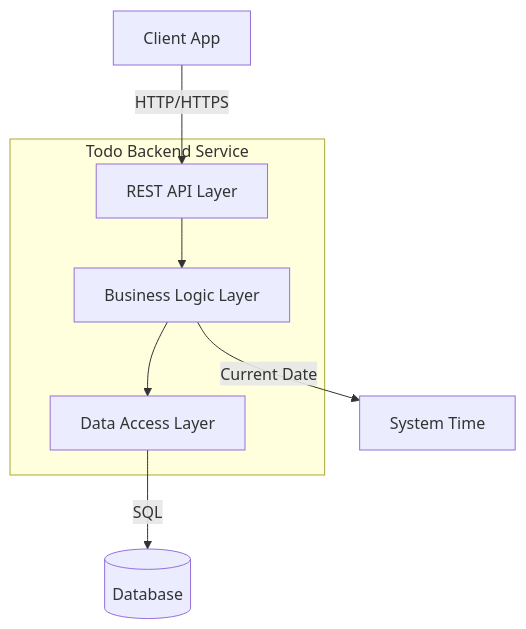
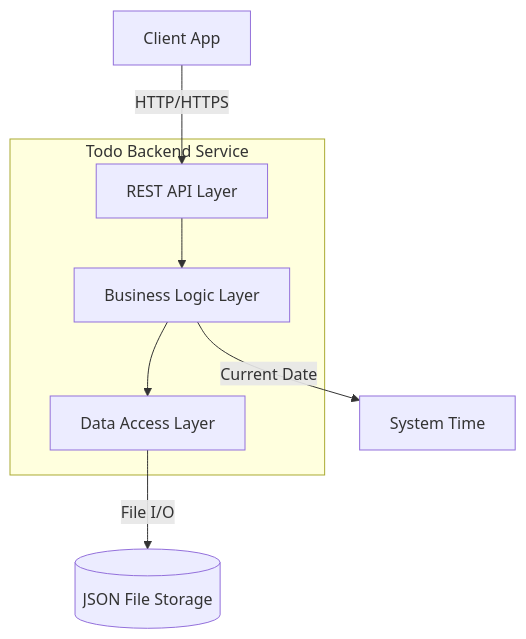
The second of 11 diagrams in todo-app/docs/design/hld.md (midearth-labs/web-agent-protocol), drawn with Mermaid before and after one commit. The commit also changed other lines of this file and 5 other files, not shown here.

````diff
--- a/todo-app/docs/design/hld.md
+++ b/todo-app/docs/design/hld.md
@@ -28,15 +28,15 @@
 ```mermaid
 graph TB
     subgraph "Todo Backend Service"
         API[REST API Layer]
         BL[Business Logic Layer]
         DL[Data Access Layer]
         
         API --> BL
         BL --> DL
     end
     
     Client[Client App] -->|HTTP/HTTPS| API
-    DL -->|SQL| DB[(Database)]
+    DL -->|File I/O| FS[(JSON File Storage)]
     BL -->|Current Date| Time[System Time]
 ```
````
